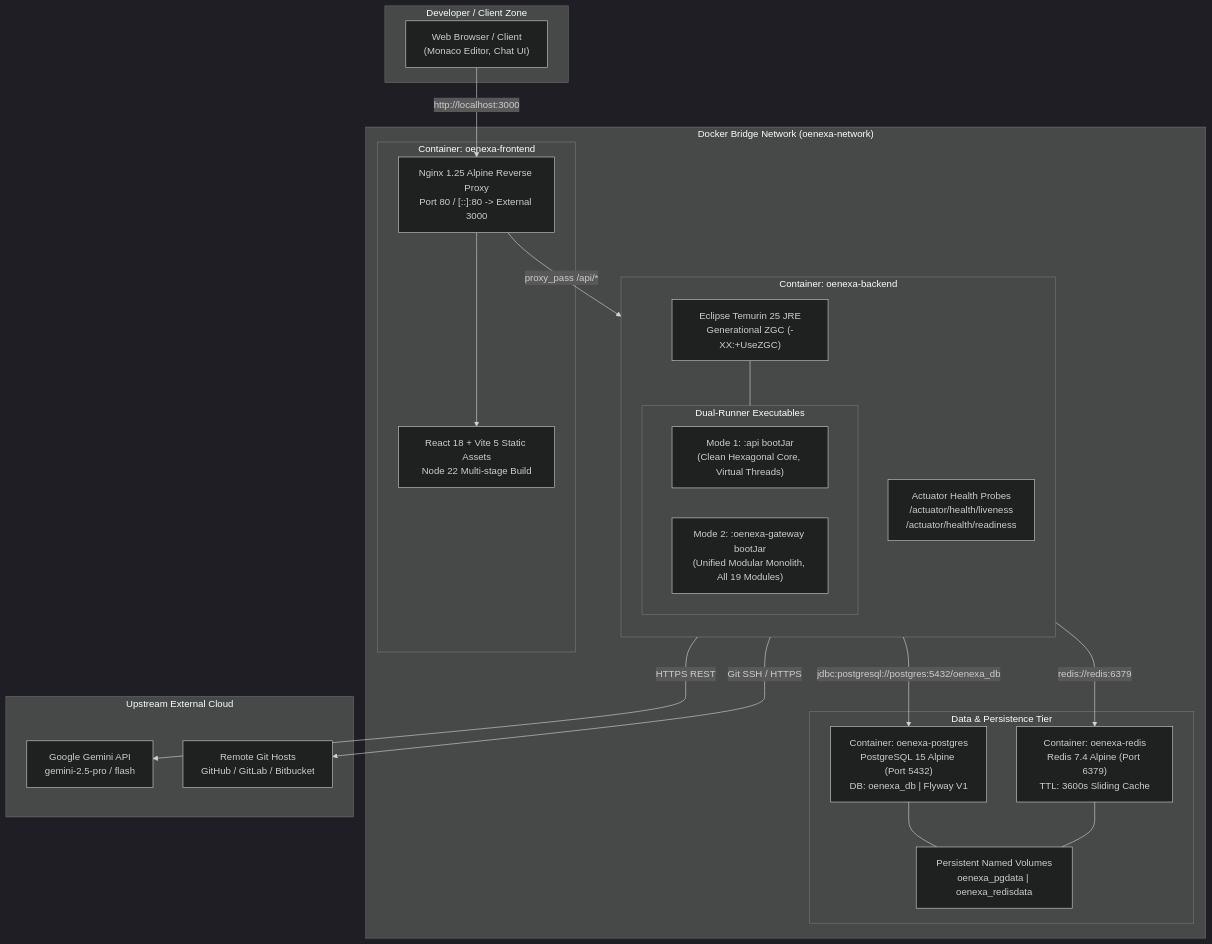
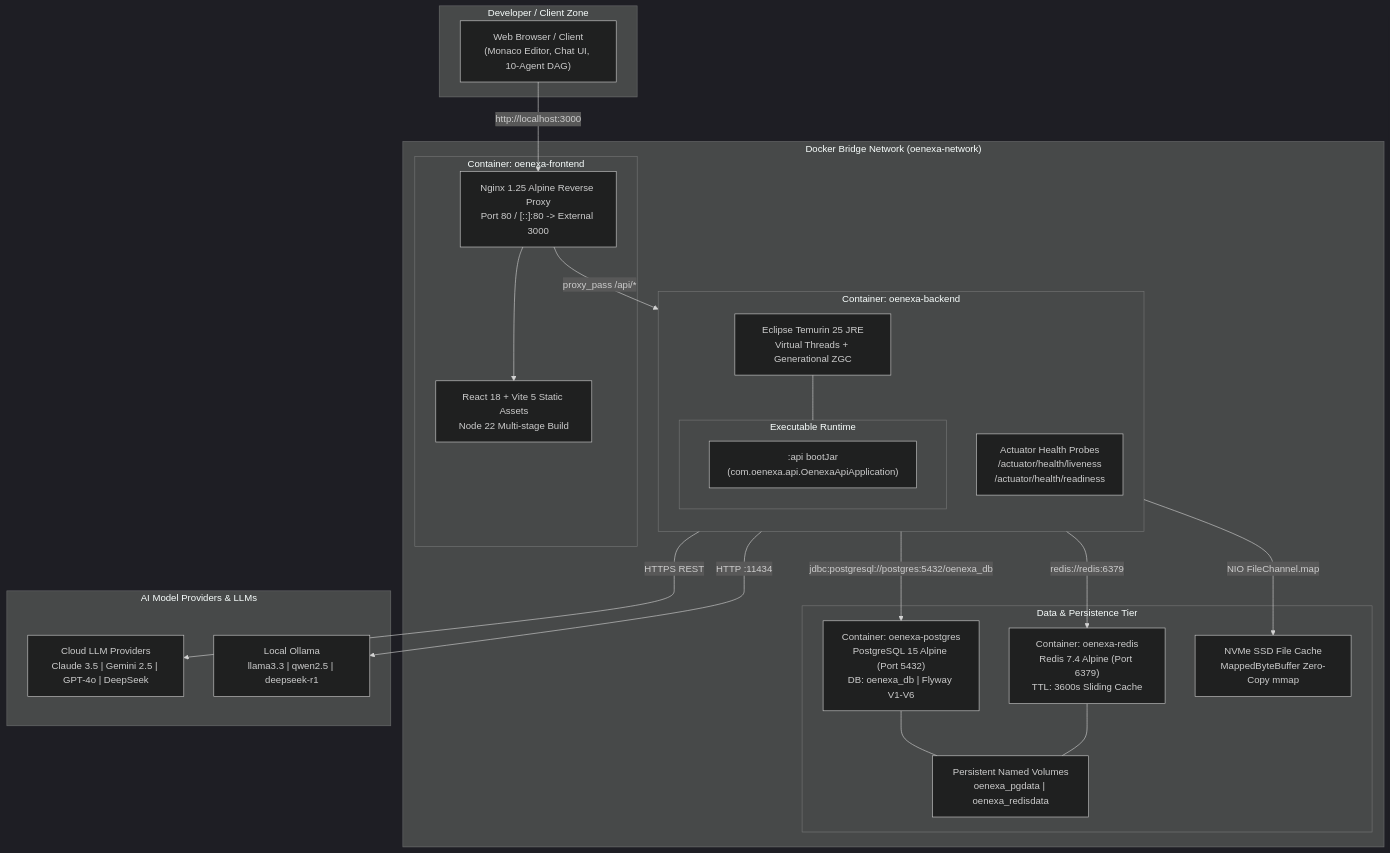
The second of 5 diagrams in ARCHITECTURE.md (oenexa/oenexa-ai-core), drawn with Mermaid (dark theme) before and after one commit. The commit also changed other lines of this file and 5 other files, not shown here.

Commit message:
docs: upgrade all note files to OENEXA AI V4 Operating System model

````diff
--- a/ARCHITECTURE.md
+++ b/ARCHITECTURE.md
@@ -58,47 +59,48 @@
 ```mermaid
 flowchart TD
     subgraph ClientZone ["Developer / Client Zone"]
-        Browser["Web Browser / Client<br/>(Monaco Editor, Chat UI)"]
+        Browser["Web Browser / Client<br/>(Monaco Editor, Chat UI, 10-Agent DAG)"]
     end
 
     subgraph DockerBridge ["Docker Bridge Network (oenexa-network)"]
         subgraph FrontContainer ["Container: oenexa-frontend"]
             Nginx["Nginx 1.25 Alpine Reverse Proxy<br/>Port 80 / [::]:80 -> External 3000"]
             SPA["React 18 + Vite 5 Static Assets<br/>Node 22 Multi-stage Build"]
             Nginx --> SPA
         end
 
         subgraph BackContainer ["Container: oenexa-backend"]
             direction TB
-            JVM["Eclipse Temurin 25 JRE<br/>Generational ZGC (-XX:+UseZGC)"]
+            JVM["Eclipse Temurin 25 JRE<br/>Virtual Threads + Generational ZGC"]
             
-            subgraph DualRunners ["Dual-Runner Executables"]
-                ApiJar["Mode 1: :api bootJar<br/>(Clean Hexagonal Core, Virtual Threads)"]
-                GatewayJar["Mode 2: :oenexa-gateway bootJar<br/>(Unified Modular Monolith, All 19 Modules)"]
+            subgraph CoreRunner ["Executable Runtime"]
+                ApiJar[":api bootJar<br/>(com.oenexa.api.OenexaApiApplication)"]
             end
             
-            JVM --- DualRunners
+            JVM --- CoreRunner
             Probes["Actuator Health Probes<br/>/actuator/health/liveness<br/>/actuator/health/readiness"]
         end
 
         subgraph DataContainers ["Data & Persistence Tier"]
-            Postgres["Container: oenexa-postgres<br/>PostgreSQL 15 Alpine (Port 5432)<br/>DB: oenexa_db | Flyway V1"]
+            Postgres["Container: oenexa-postgres<br/>PostgreSQL 15 Alpine (Port 5432)<br/>DB: oenexa_db | Flyway V1-V6"]
             Redis["Container: oenexa-redis<br/>Redis 7.4 Alpine (Port 6379)<br/>TTL: 3600s Sliding Cache"]
+            NvmeCache["NVMe SSD File Cache<br/>MappedByteBuffer Zero-Copy mmap"]
             Volumes["Persistent Named Volumes<br/>oenexa_pgdata | oenexa_redisdata"]
             Postgres --- Volumes
             Redis --- Volumes
         end
     end
 
-    subgraph ExternalCloud ["Upstream External Cloud"]
-        Gemini["Google Gemini API<br/>gemini-2.5-pro / flash"]
-        VCS["Remote Git Hosts<br/>GitHub / GitLab / Bitbucket"]
+    subgraph ExternalServices ["AI Model Providers & LLMs"]
+        CloudLLMs["Cloud LLM Providers<br/>Claude 3.5 | Gemini 2.5 | GPT-4o | DeepSeek"]
+        LocalOllama["Local Ollama<br/>llama3.3 | qwen2.5 | deepseek-r1"]
     end
 
     Browser -->|http://localhost:3000| Nginx
     Nginx -->|proxy_pass /api/*| BackContainer
     BackContainer -->|jdbc:postgresql://postgres:5432/oenexa_db| Postgres
     BackContainer -->|redis://redis:6379| Redis
-    BackContainer -->|HTTPS REST| Gemini
-    BackContainer -->|Git SSH / HTTPS| VCS
+    BackContainer -->|NIO FileChannel.map| NvmeCache
+    BackContainer -->|HTTPS REST| CloudLLMs
+    BackContainer -->|HTTP :11434| LocalOllama
 ```
````
